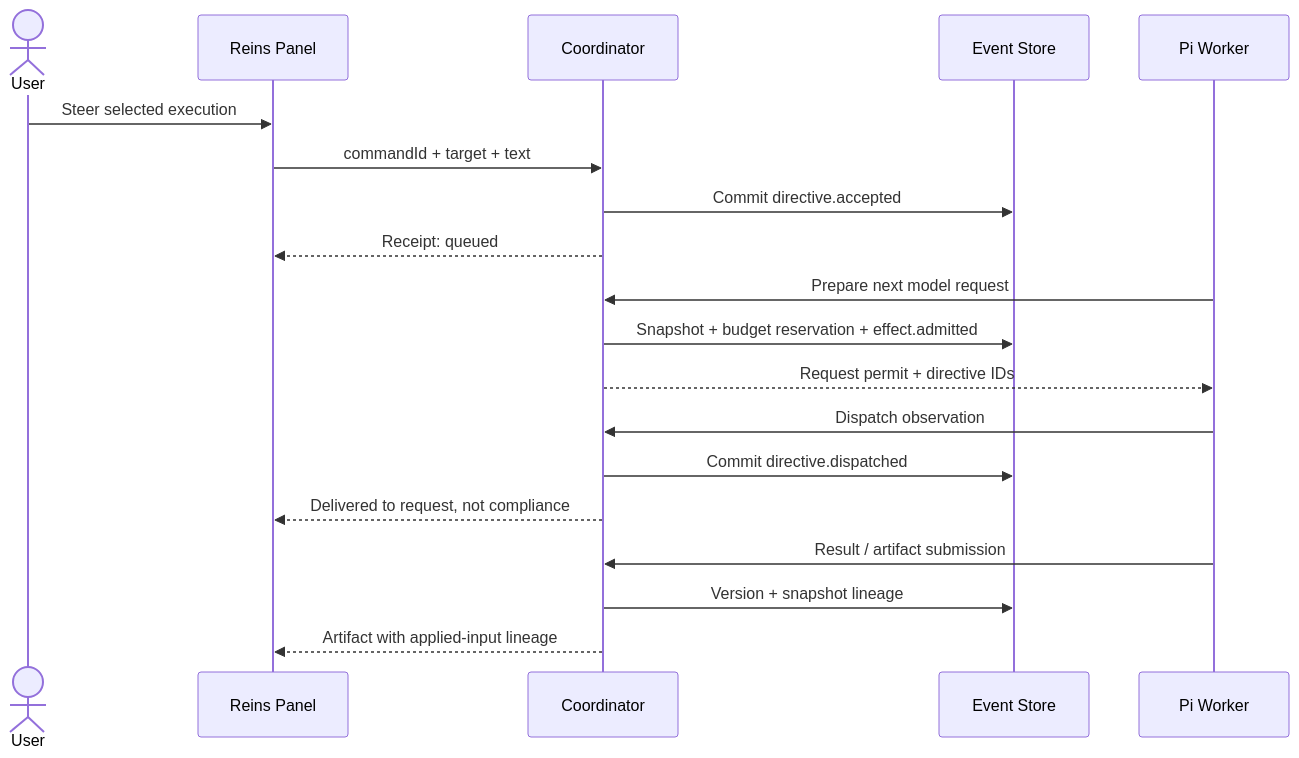
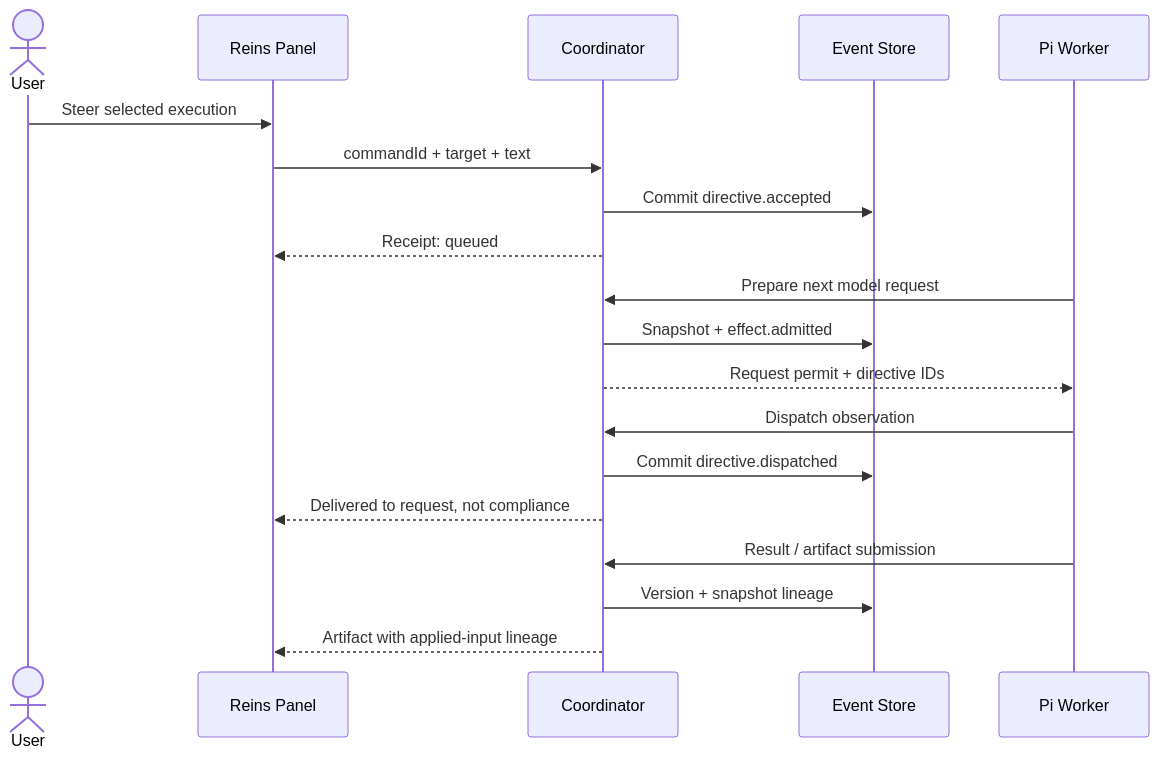
The diagram in docs/specs/diagrams/reins.mmd (fromiron/corral), drawn with Mermaid before and after one commit. The commit also changed 19 other files, not shown here.

```diff
--- a/docs/specs/diagrams/reins.mmd
+++ b/docs/specs/diagrams/reins.mmd
@@ -1,19 +1,19 @@
 sequenceDiagram
     actor U as User
     participant UI as Reins Panel
     participant C as Coordinator
     participant DB as Event Store
     participant A as Pi Worker
     U->>UI: Steer selected execution
     UI->>C: commandId + target + text
     C->>DB: Commit directive.accepted
     C-->>UI: Receipt: queued
     A->>C: Prepare next model request
-    C->>DB: Snapshot + budget reservation + effect.admitted
+    C->>DB: Snapshot + effect.admitted
     C-->>A: Request permit + directive IDs
     A->>C: Dispatch observation
     C->>DB: Commit directive.dispatched
     C-->>UI: Delivered to request, not compliance
     A->>C: Result / artifact submission
     C->>DB: Version + snapshot lineage
     C-->>UI: Artifact with applied-input lineage
```
